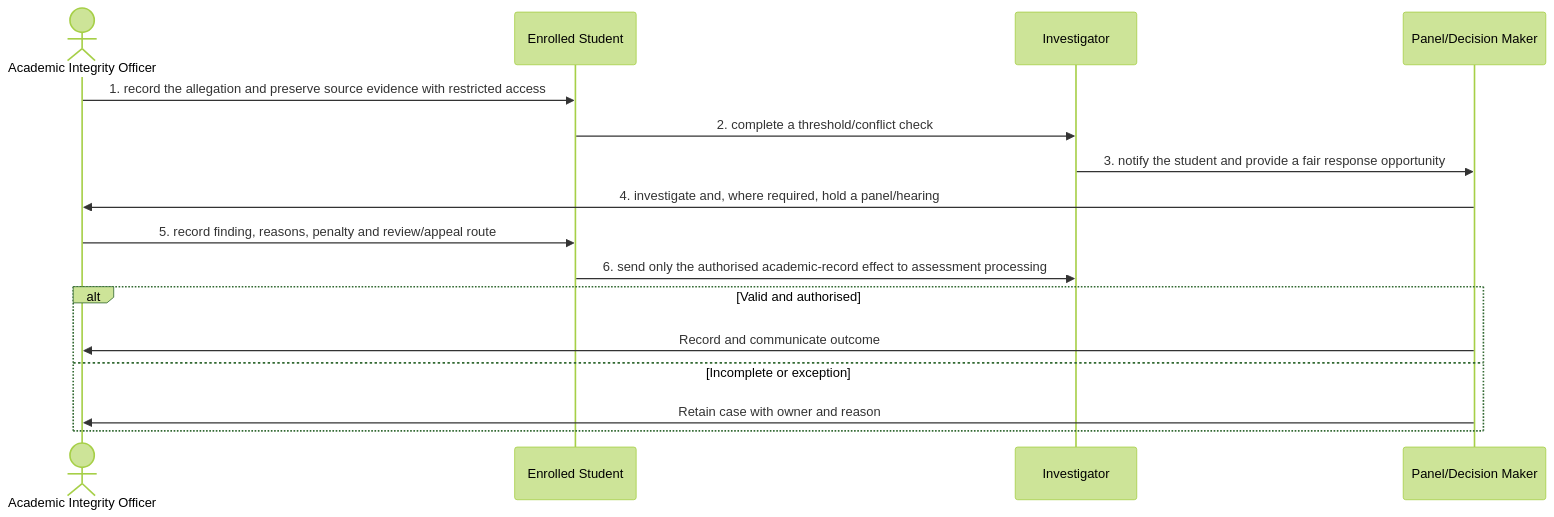
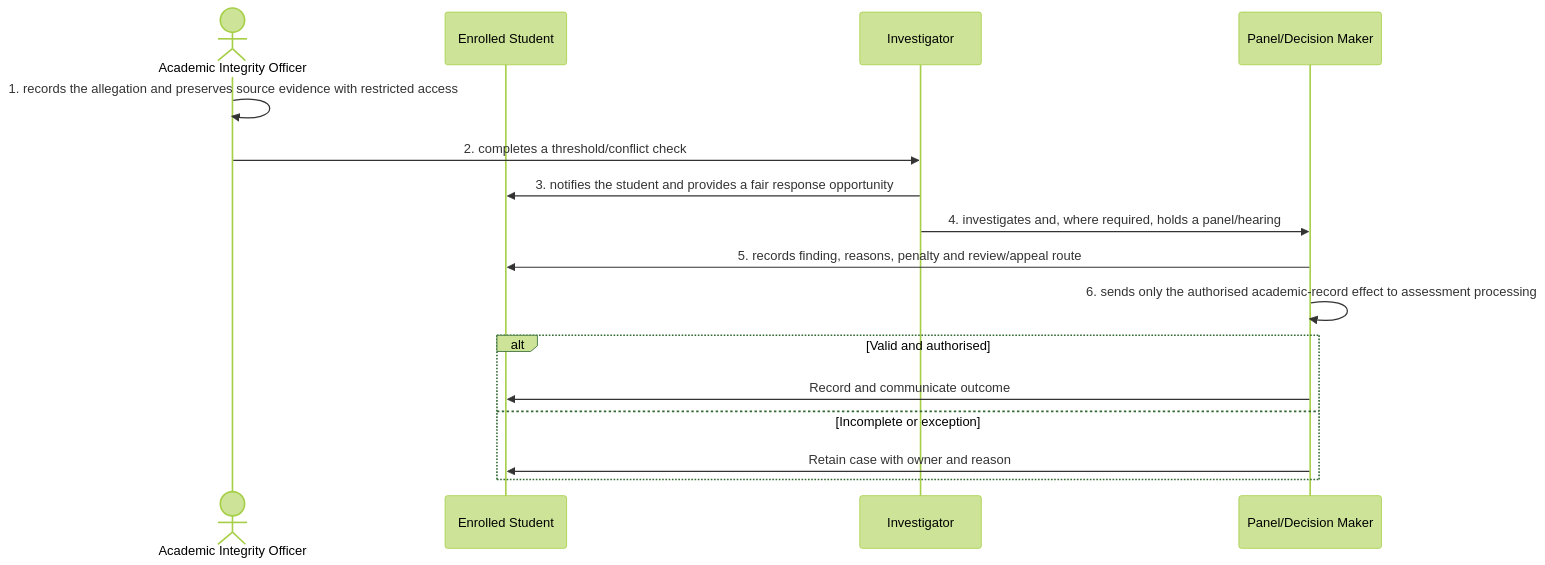
One commit to RevelationCore/Revelation-SRS changed the diagram in docs/business-processes/05-assessment-and-results/bp-05-006-investigate-academic-misconduct.md. Above: the diagram before and after it, drawn with Mermaid (forest theme). The commit also changed other lines of this file and 96 other files, not shown here.

````diff
--- a/docs/business-processes/05-assessment-and-results/bp-05-006-investigate-academic-misconduct.md
+++ b/docs/business-processes/05-assessment-and-results/bp-05-006-investigate-academic-misconduct.md
@@ -158,18 +158,18 @@
 ```mermaid
 sequenceDiagram
     actor A1 as Academic Integrity Officer
     participant A2 as Enrolled Student
     participant A3 as Investigator
     participant A4 as Panel/Decision Maker
-    A1->>A2: 1. record the allegation and preserve source evidence with restricted access
-    A2->>A3: 2. complete a threshold/conflict check
-    A3->>A4: 3. notify the student and provide a fair response opportunity
-    A4->>A1: 4. investigate and, where required, hold a panel/hearing
-    A1->>A2: 5. record finding, reasons, penalty and review/appeal route
-    A2->>A3: 6. send only the authorised academic-record effect to assessment processing
+    A1->>A1: 1. records the allegation and preserves source evidence with restricted access
+    A1->>A3: 2. completes a threshold/conflict check
+    A3->>A2: 3. notifies the student and provides a fair response opportunity
+    A3->>A4: 4. investigates and, where required, holds a panel/hearing
+    A4->>A2: 5. records finding, reasons, penalty and review/appeal route
+    A4->>A4: 6. sends only the authorised academic-record effect to assessment processing
     alt Valid and authorised
-        A4->>A1: Record and communicate outcome
+        A4->>A2: Record and communicate outcome
     else Incomplete or exception
-        A4->>A1: Retain case with owner and reason
+        A4->>A2: Retain case with owner and reason
     end
 ```
````
